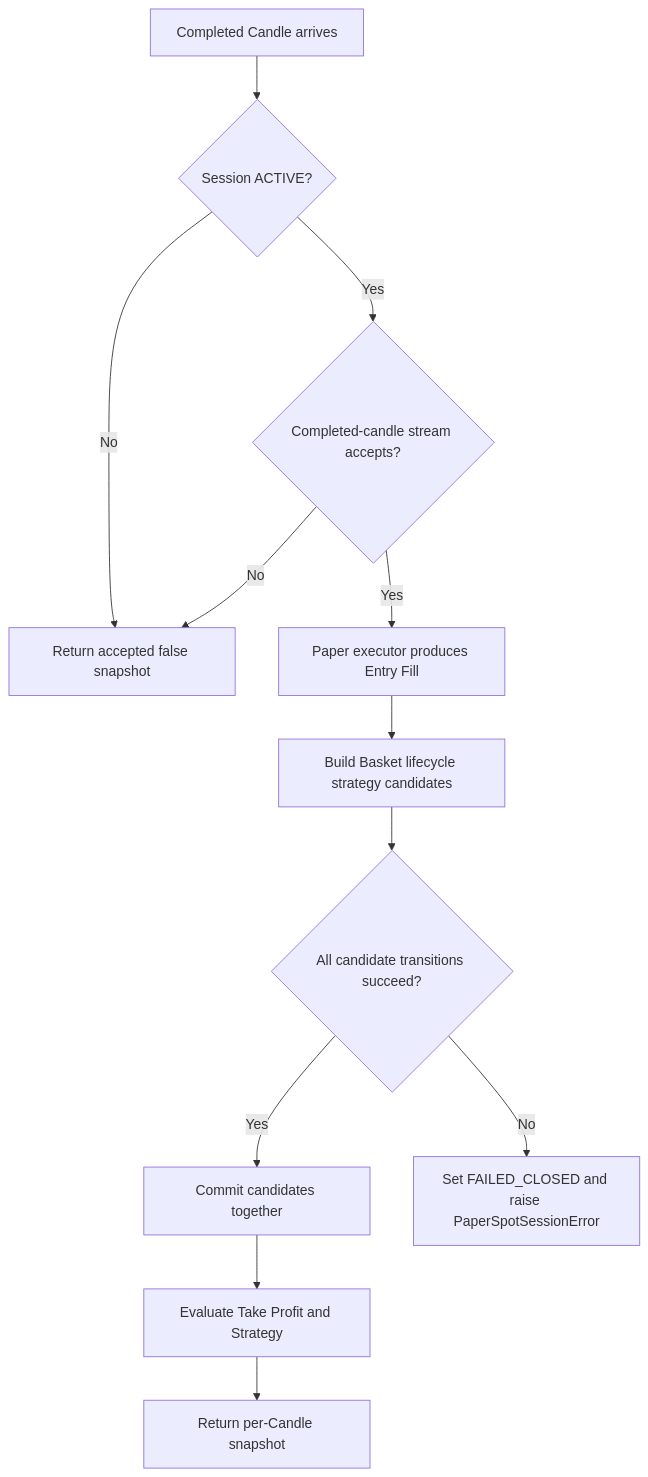
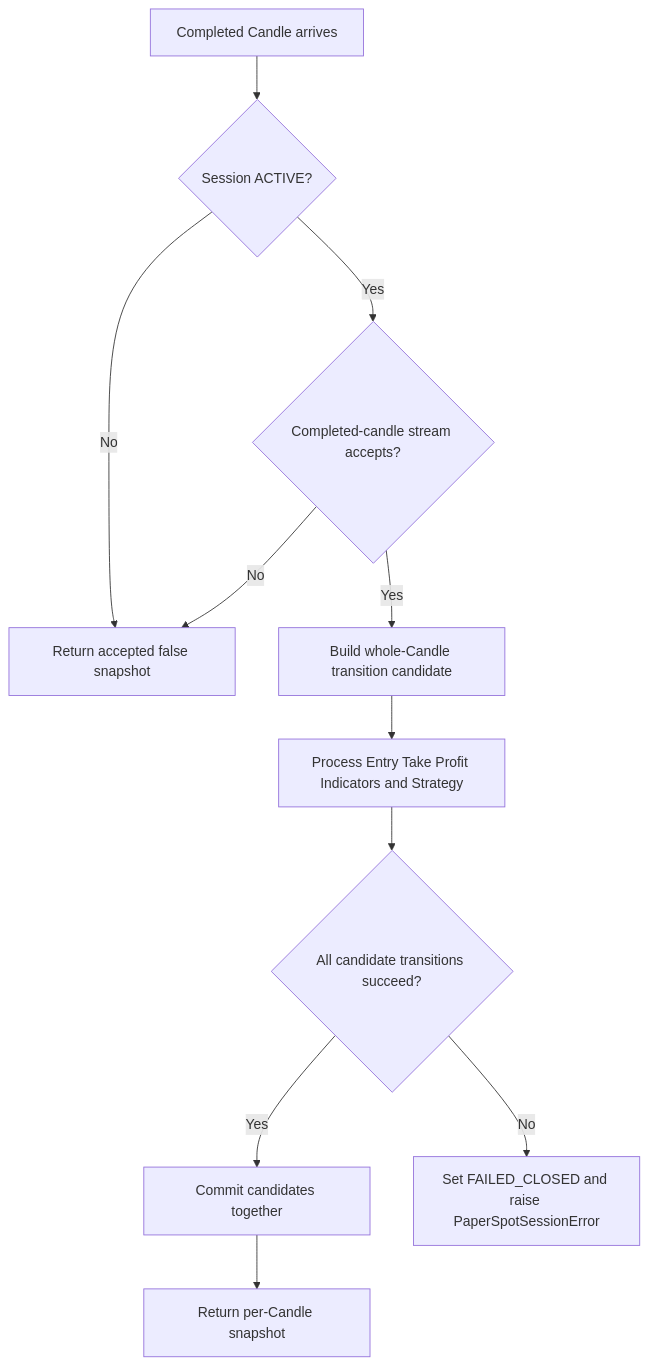
One commit to yukasung/tiewtrade changed the diagram in docs/superpowers/specs/2026-07-28-paper-spot-hardening-design.md. Above: the diagram before and after it, drawn with Mermaid. The commit also changed other lines of this file and 1 other file, not shown here.

Commit message:
docs: expand Paper Spot atomicity plan

````diff
--- a/docs/superpowers/specs/2026-07-28-paper-spot-hardening-design.md
+++ b/docs/superpowers/specs/2026-07-28-paper-spot-hardening-design.md
@@ -149,14 +164,13 @@
 ```mermaid
 flowchart TD
     C[Completed Candle arrives] --> S{Session ACTIVE?}
     S -- No --> R[Return accepted false snapshot]
     S -- Yes --> A{Completed-candle stream accepts?}
     A -- No --> R
-    A -- Yes --> E[Paper executor produces Entry Fill]
-    E --> B[Build Basket lifecycle strategy candidates]
-    B --> V{All candidate transitions succeed?}
+    A -- Yes --> B[Build whole-Candle transition candidate]
+    B --> E[Process Entry Take Profit Indicators and Strategy]
+    E --> V{All candidate transitions succeed?}
     V -- Yes --> K[Commit candidates together]
     V -- No --> F[Set FAILED_CLOSED and raise PaperSpotSessionError]
-    K --> T[Evaluate Take Profit and Strategy]
-    T --> P[Return per-Candle snapshot]
+    K --> P[Return per-Candle snapshot]
 ```
````
